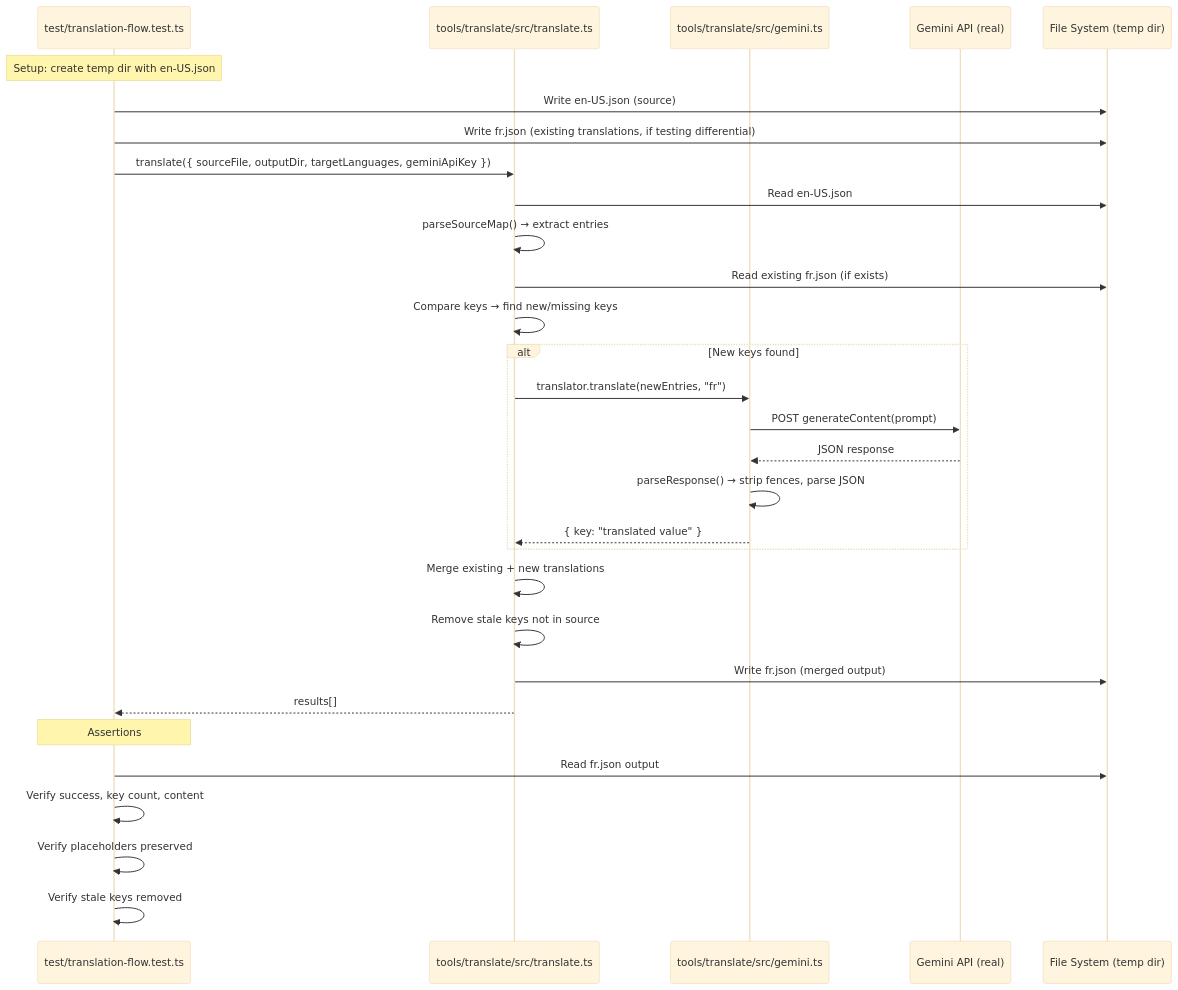
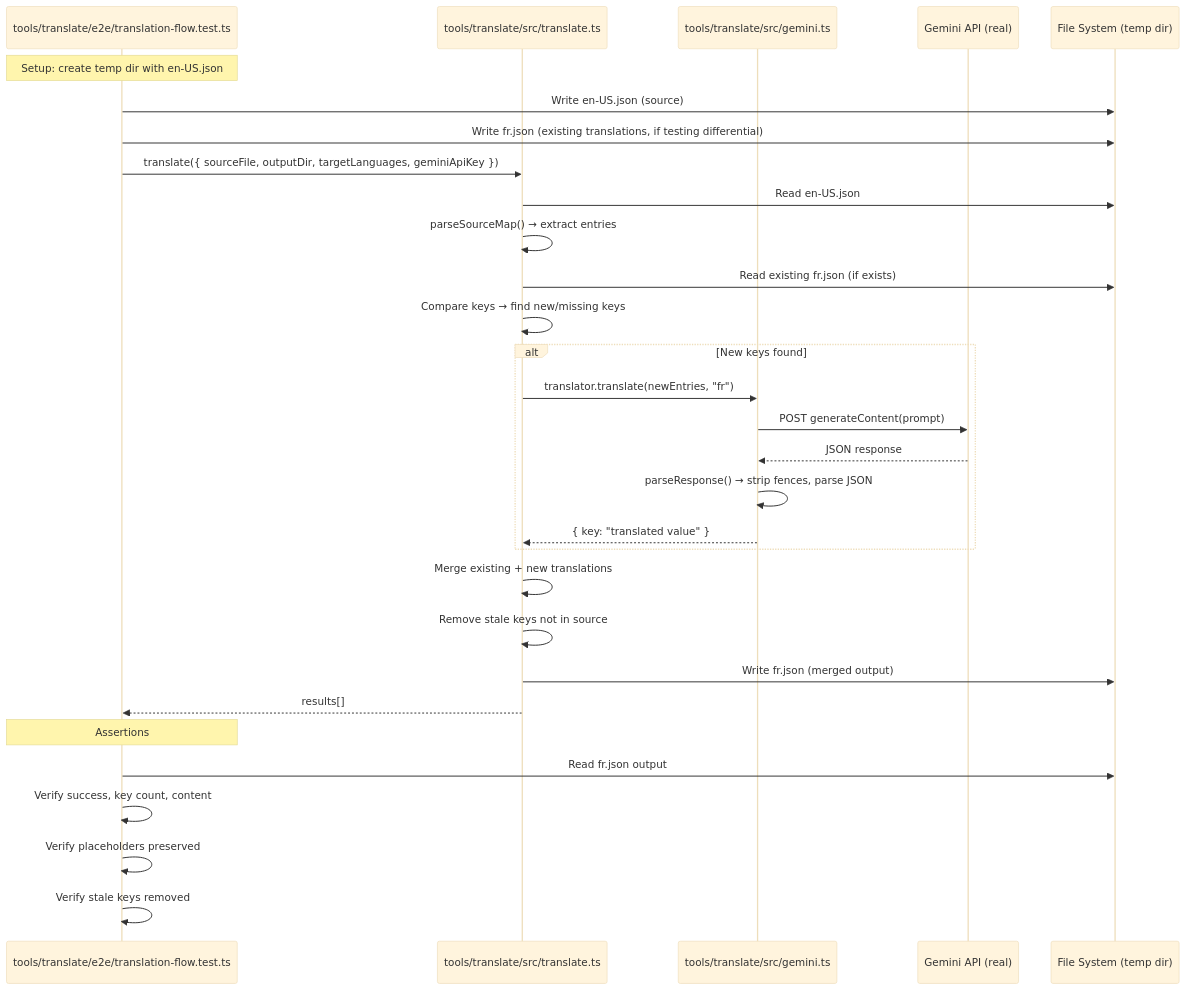
Before and after one commit to jadecubes/free-translation-platform-buildup: the first of 3 diagrams in README.md, drawn with Mermaid (base theme). The commit also changed other lines of this file and 3 other files, not shown here.

````diff
--- a/README.md
+++ b/README.md
@@ -307,40 +254,40 @@
 ```mermaid
 sequenceDiagram
-    participant Test as test/translation-flow.test.ts
+    participant Test as tools/translate/e2e/translation-flow.test.ts
     participant Translate as tools/translate/src/translate.ts
     participant Gemini as tools/translate/src/gemini.ts
     participant API as Gemini API (real)
     participant FS as File System (temp dir)
 
     Note over Test: Setup: create temp dir with en-US.json
 
     Test->>FS: Write en-US.json (source)
     Test->>FS: Write fr.json (existing translations, if testing differential)
 
     Test->>Translate: translate({ sourceFile, outputDir, targetLanguages, geminiApiKey })
 
     Translate->>FS: Read en-US.json
     Translate->>Translate: parseSourceMap() → extract entries
     Translate->>FS: Read existing fr.json (if exists)
     Translate->>Translate: Compare keys → find new/missing keys
 
     alt New keys found
         Translate->>Gemini: translator.translate(newEntries, "fr")
         Gemini->>API: POST generateContent(prompt)
         API-->>Gemini: JSON response
         Gemini->>Gemini: parseResponse() → strip fences, parse JSON
         Gemini-->>Translate: { key: "translated value" }
     end
 
     Translate->>Translate: Merge existing + new translations
     Translate->>Translate: Remove stale keys not in source
     Translate->>FS: Write fr.json (merged output)
     Translate-->>Test: results[]
 
     Note over Test: Assertions
 
     Test->>FS: Read fr.json output
     Test->>Test: Verify success, key count, content
     Test->>Test: Verify placeholders preserved
     Test->>Test: Verify stale keys removed
 ```
````
